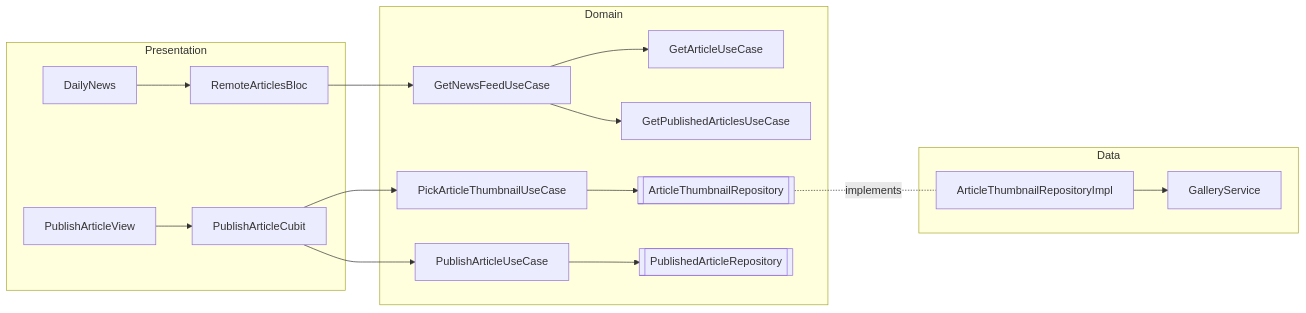
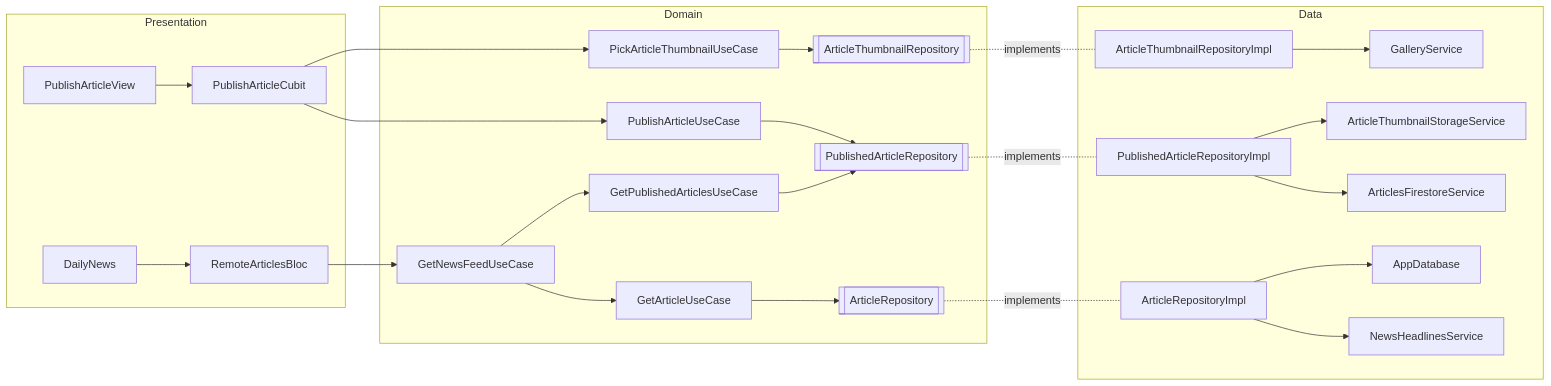
Before and after one commit to Ugart3e/starter-project-pug: the diagram in docs/REPORT.md, drawn with Mermaid. The commit also changed other lines of this file and 1 other file, not shown here.

````diff
--- a/docs/REPORT.md
+++ b/docs/REPORT.md
@@ -136,19 +204,27 @@
 ```mermaid
 flowchart LR
   subgraph Presentation
     S[PublishArticleView] --> C[PublishArticleCubit]
     H[DailyNews] --> B[RemoteArticlesBloc]
   end
   subgraph Domain
     C --> U1[PublishArticleUseCase]
     C --> U2[PickArticleThumbnailUseCase]
     B --> U3[GetNewsFeedUseCase]
     U3 --> U4[GetArticleUseCase]
     U3 --> U5[GetPublishedArticlesUseCase]
-    U2 --> R1[[ArticleThumbnailRepository]]
-    U1 --> R2[[PublishedArticleRepository]]
+    U1 --> R1[[PublishedArticleRepository]]
+    U5 --> R1
+    U2 --> R2[[ArticleThumbnailRepository]]
+    U4 --> R3[[ArticleRepository]]
   end
   subgraph Data
-    R1 -.implements.- I1[ArticleThumbnailRepositoryImpl] --> D1[GalleryService]
+    R1 -.implements.- I1[PublishedArticleRepositoryImpl]
+    I1 --> D1[ArticlesFirestoreService]
+    I1 --> D2[ArticleThumbnailStorageService]
+    R2 -.implements.- I2[ArticleThumbnailRepositoryImpl] --> D3[GalleryService]
+    R3 -.implements.- I3[ArticleRepositoryImpl]
+    I3 --> D4[NewsHeadlinesService]
+    I3 --> D5[AppDatabase]
   end
 ```
````
